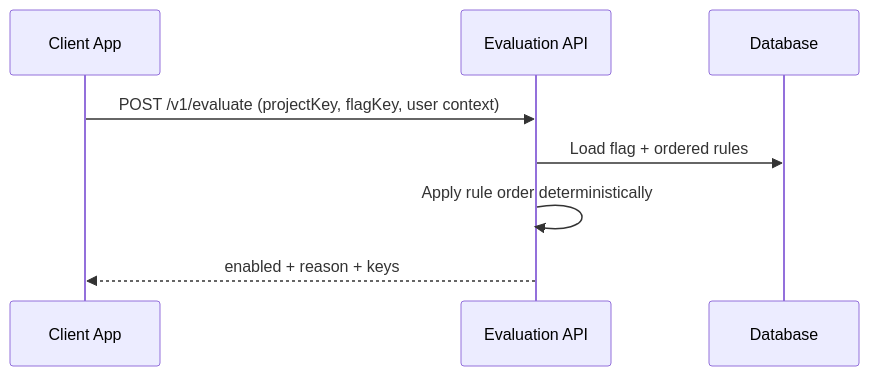
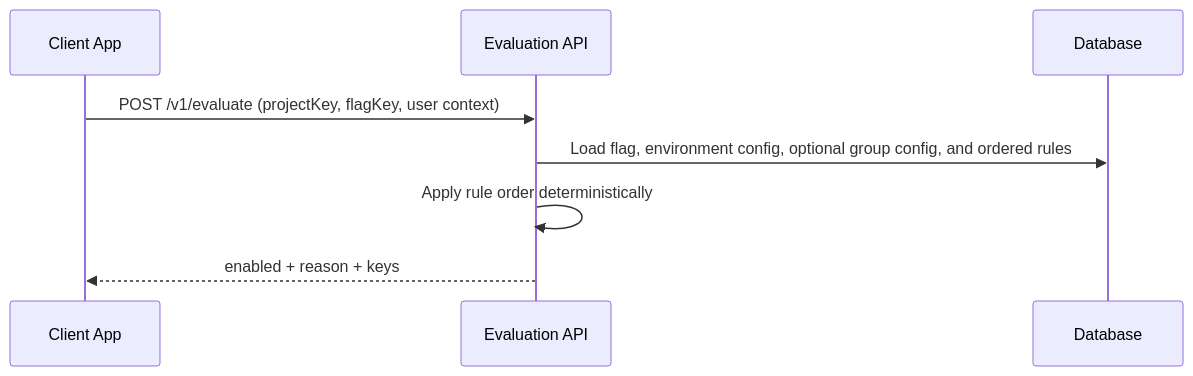
Before and after one commit to fabyanbui/feature-flag-platform: the second of 5 diagrams in docs/design/software-architecture-document.md, drawn with Mermaid. The commit also changed other lines of this file and 1 other file, not shown here.

Commit message:
docs: define architecture and API contracts for the group kill-switch feature

````diff
--- a/docs/design/software-architecture-document.md
+++ b/docs/design/software-architecture-document.md
@@ -122,10 +131,10 @@
 ```mermaid
 sequenceDiagram
   participant Client as Client App
   participant Eval as Evaluation API
   participant DB as Database
   Client->>Eval: POST /v1/evaluate (projectKey, flagKey, user context)
-  Eval->>DB: Load flag + ordered rules
+  Eval->>DB: Load flag, environment config, optional group config, and ordered rules
   Eval->>Eval: Apply rule order deterministically
   Eval-->>Client: enabled + reason + keys
 ```
````
